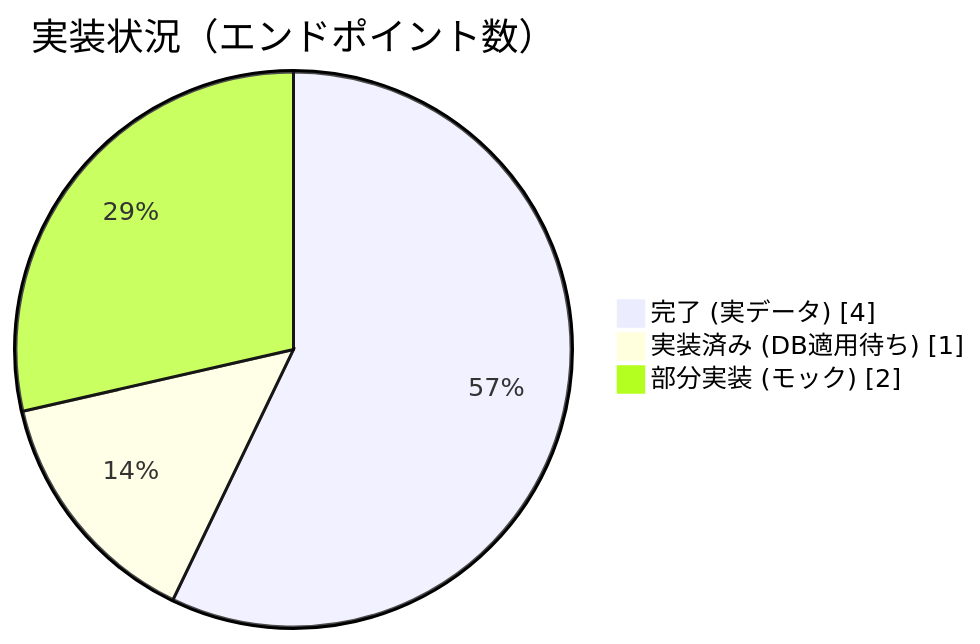
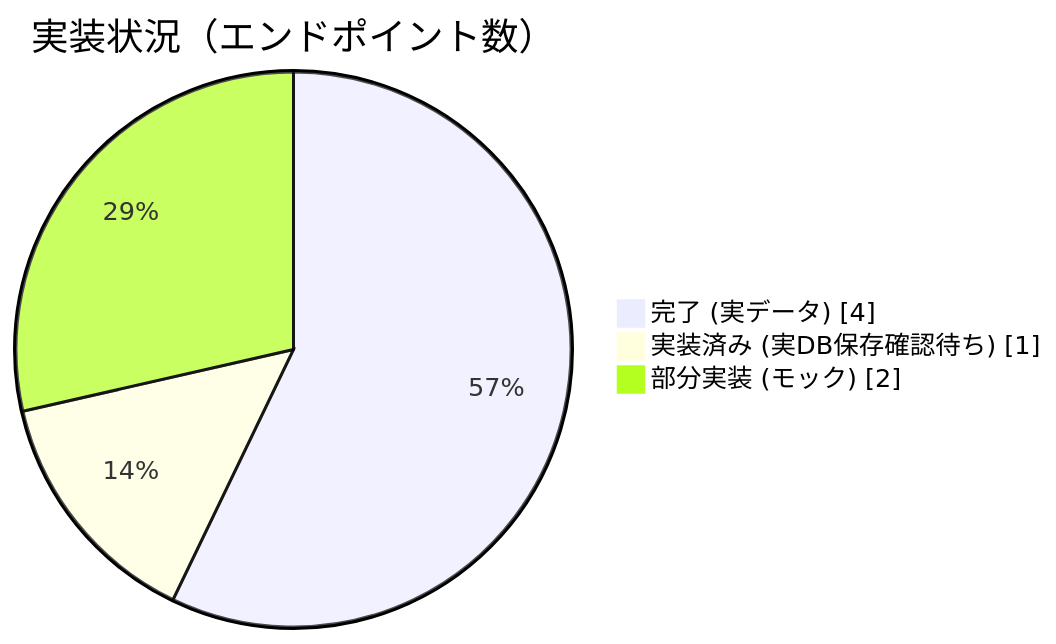
The first of 2 diagrams in docs/progress.md (2026ProjectResearchAR/campus-ar-api), drawn with Mermaid before and after one commit. The commit also changed other lines of this file and 1 other file, not shown here.

````diff
--- a/docs/progress.md
+++ b/docs/progress.md
@@ -18,7 +18,7 @@
 ```mermaid
 pie showData
     title 実装状況（エンドポイント数）
     "完了 (実データ)" : 4
-    "実装済み (DB適用待ち)" : 1
+    "実装済み (実DB保存確認待ち)" : 1
     "部分実装 (モック)" : 2
 ```
````
